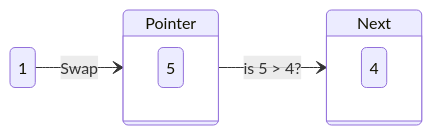
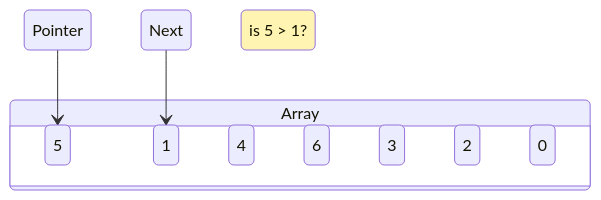
The tenth of 14 diagrams in docs/cs2430_CodingCadets_p1_Report.md (AegeanGrey/ProgrammingProject0_CS-2430), drawn with Mermaid before and after one commit. The commit also changed other lines of this file, not shown here.

Commit message:
different idea for shakersort visualization

````diff
--- a/docs/cs2430_CodingCadets_p1_Report.md
+++ b/docs/cs2430_CodingCadets_p1_Report.md
@@ -360,17 +326,20 @@
 ```mermaid
 stateDiagram-v2
-    direction LR
-    one: 1
-    
-    state Pointer {
+	classDef note fill:#fff4b1
+
+    direction TB
+    state Array {
+	    direction LR
         five: 5
+        one: 1
+        four: 4
+        six: 6
+        three: 3
+        two: 2
+        zero: 0
     }
-    
-    state Next {
-        four: 4
-    }
-    
-    direction LR
-    one --> Pointer: Swap
-    Pointer --> Next: is 5 > 4?
+	Pointer --> five
+	Next --> one
+	Note: is 5 > 1?
+	class Note note
 ```
````
